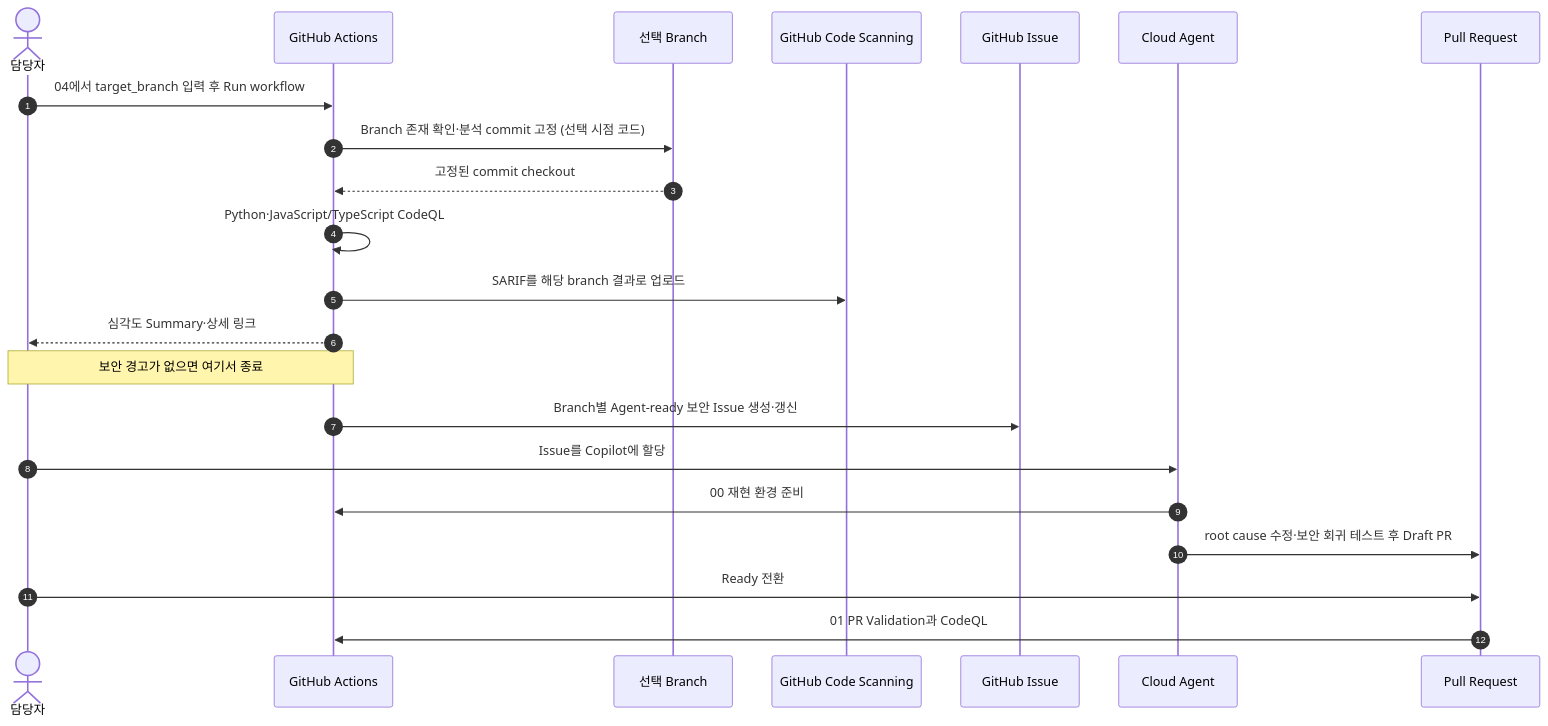
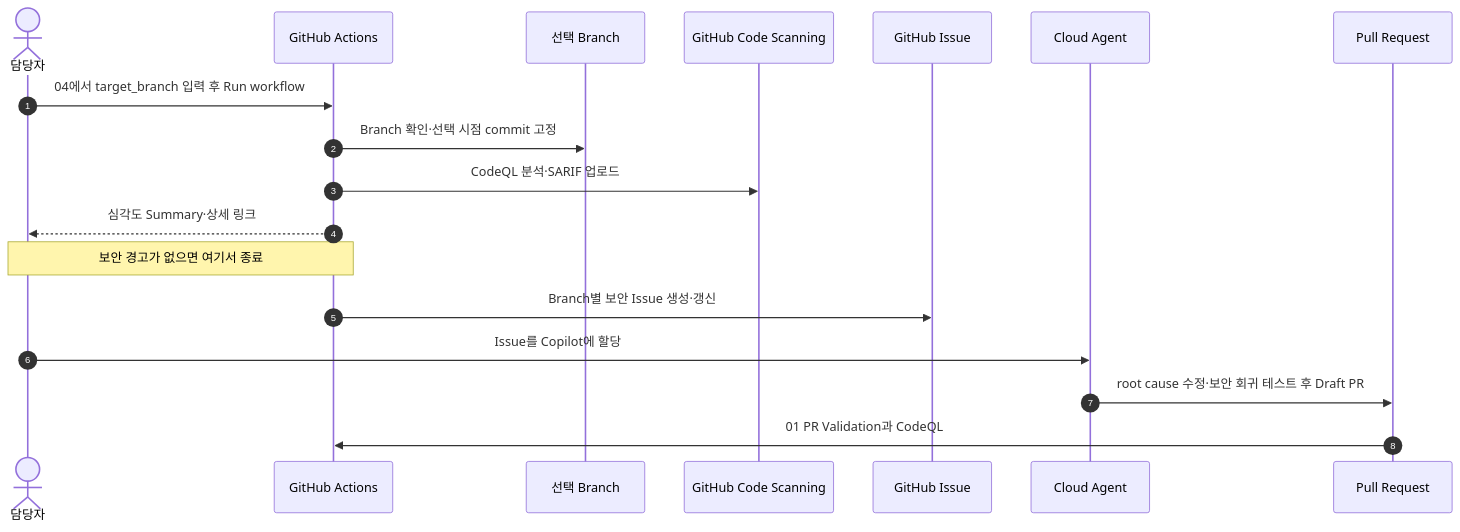
Before and after one commit to hijigoo/dev-agent-workflow: the third of 4 diagrams in README.md, drawn with Mermaid. The commit also changed other lines of this file, not shown here.

First line of the commit message:
docs: condense Actions workflow guidance

````diff
--- a/README.md
+++ b/README.md
@@ -185,25 +121,21 @@
 ```mermaid
 sequenceDiagram
     autonumber
     actor Human as 담당자
     participant Actions as GitHub Actions
     participant Repo as 선택 Branch
     participant Security as GitHub Code Scanning
     participant Issue as GitHub Issue
     participant Agent as Cloud Agent
     participant PR as Pull Request
 
     Human->>Actions: 04에서 target_branch 입력 후 Run workflow
-    Actions->>Repo: Branch 존재 확인·분석 commit 고정 (선택 시점 코드)
-    Repo-->>Actions: 고정된 commit checkout
-    Actions->>Actions: Python·JavaScript/TypeScript CodeQL
-    Actions->>Security: SARIF를 해당 branch 결과로 업로드
+    Actions->>Repo: Branch 확인·선택 시점 commit 고정
+    Actions->>Security: CodeQL 분석·SARIF 업로드
     Actions-->>Human: 심각도 Summary·상세 링크
     Note over Human,Actions: 보안 경고가 없으면 여기서 종료
-    Actions->>Issue: Branch별 Agent-ready 보안 Issue 생성·갱신
+    Actions->>Issue: Branch별 보안 Issue 생성·갱신
     Human->>Agent: Issue를 Copilot에 할당
-    Agent->>Actions: 00 재현 환경 준비
     Agent->>PR: root cause 수정·보안 회귀 테스트 후 Draft PR
-    Human->>PR: Ready 전환
     PR->>Actions: 01 PR Validation과 CodeQL
 ```
````
